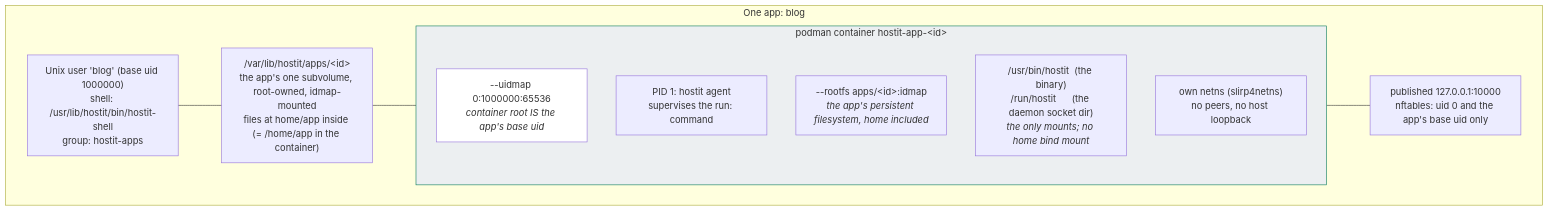
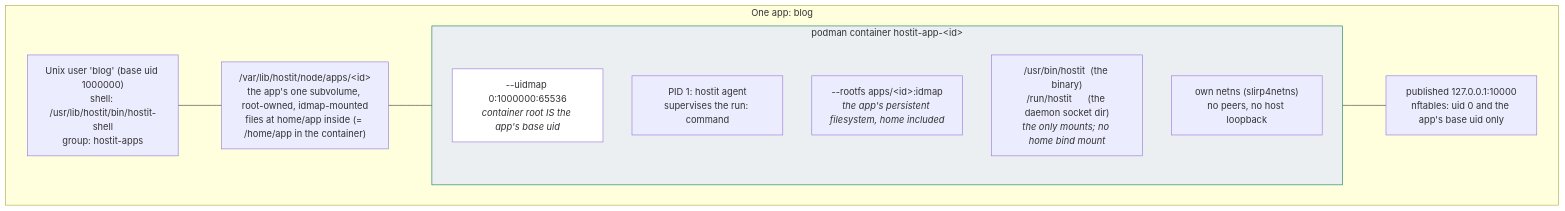
One commit to binwiederhier/hostit changed the diagram in docs/architecture/isolation.md. Above: the diagram before and after it, drawn with Mermaid. The commit also changed 9 other files, not shown here.

````diff
--- a/docs/architecture/isolation.md
+++ b/docs/architecture/isolation.md
@@ -10,25 +10,25 @@
 ```mermaid
 flowchart TB
     subgraph one["One app: blog"]
         user["Unix user 'blog' (base uid 1000000)<br/>shell: /usr/lib/hostit/bin/hostit-shell<br/>group: hostit-apps"]
-        subvol["/var/lib/hostit/apps/&lt;id&gt;<br/>the app's one subvolume, root-owned, idmap-mounted<br/>files at home/app inside (= /home/app in the container)"]
+        subvol["/var/lib/hostit/node/apps/&lt;id&gt;<br/>the app's one subvolume, root-owned, idmap-mounted<br/>files at home/app inside (= /home/app in the container)"]
 
         subgraph container["podman container hostit-app-&lt;id&gt;"]
             direction TB
             idmap["--uidmap 0:1000000:65536<br/><i>container root IS the app's base uid</i>"]
             pid1["PID 1: hostit agent<br/>supervises the run: command"]
             rootfs["--rootfs apps/&lt;id&gt;:idmap<br/><i>the app's persistent filesystem, home included</i>"]
             mounts["/usr/bin/hostit  (the binary)<br/>/run/hostit      (the daemon socket dir)<br/><i>the only mounts; no home bind mount</i>"]
             net["own netns (slirp4netns)<br/>no peers, no host loopback"]
         end
 
         port["published 127.0.0.1:10000<br/>nftables: uid 0 and the app's base uid only"]
     end
 
     user --- subvol
     subvol --- container
     container --- port
 
     style container fill:#eceff1,stroke:#047857
     style idmap fill:#fff
 ```
````
